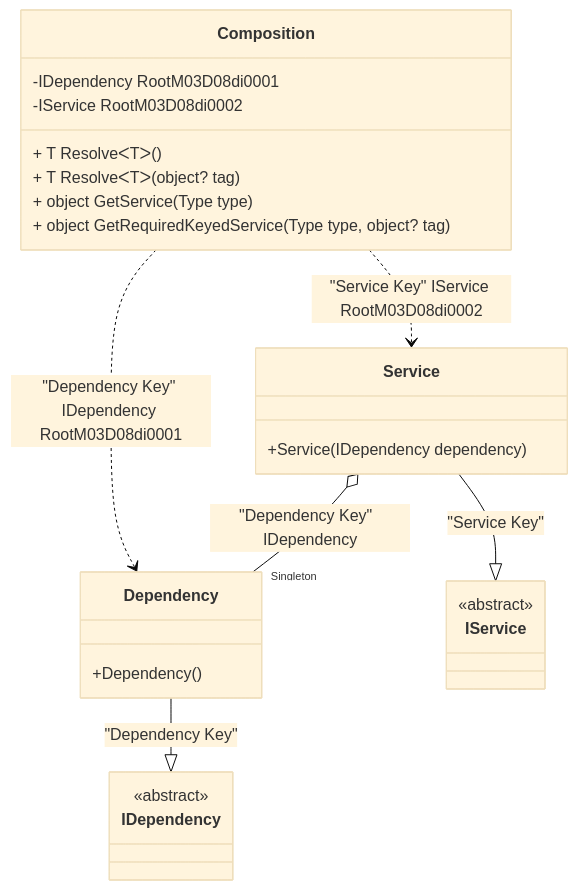
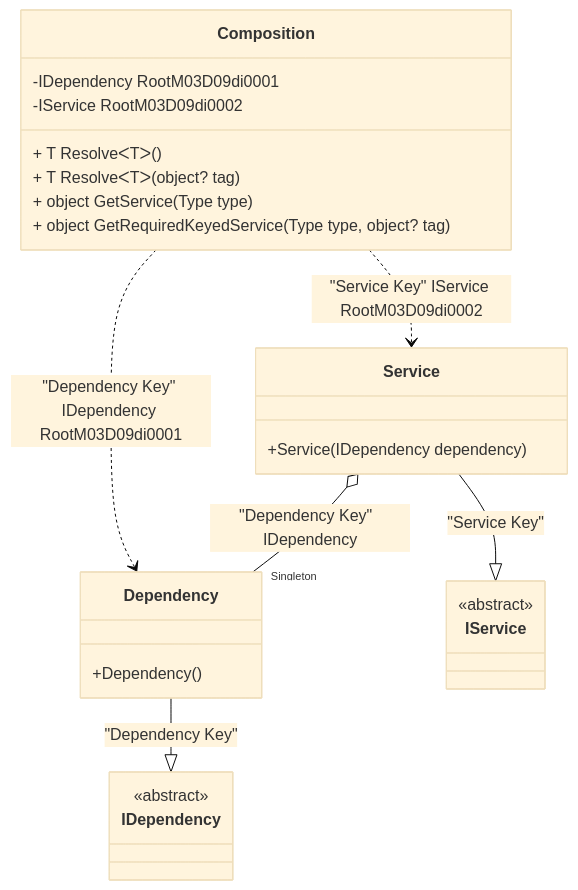
One commit to DevTeam/Pure.DI changed the diagram in readme/keyed-service-provider.md. Above: the diagram before and after it, drawn with Mermaid (base theme). The commit also changed other lines of this file and 73 other files, not shown here.

````diff
--- a/readme/keyed-service-provider.md
+++ b/readme/keyed-service-provider.md
@@ -50,28 +50,28 @@
 ```mermaid
 classDiagram
   class Composition {
-    -IDependency RootM03D08di0001
-    -IService RootM03D08di0002
+    -IDependency RootM03D09di0001
+    -IService RootM03D09di0002
     + T ResolveᐸTᐳ()
     + T ResolveᐸTᐳ(object? tag)
     + object GetService(Type type)
     + object GetRequiredKeyedService(Type type, object? tag)
   }
   Dependency --|> IDependency : "Dependency Key" 
   class Dependency {
     +Dependency()
   }
   Service --|> IService : "Service Key" 
   class Service {
     +Service(IDependency dependency)
   }
   class IDependency {
     <<abstract>>
   }
   class IService {
     <<abstract>>
   }
   Service o--  "Singleton" Dependency : "Dependency Key"  IDependency
-  Composition ..> Dependency : "Dependency Key" IDependency RootM03D08di0001
-  Composition ..> Service : "Service Key" IService RootM03D08di0002
+  Composition ..> Dependency : "Dependency Key" IDependency RootM03D09di0001
+  Composition ..> Service : "Service Key" IService RootM03D09di0002
 ```
````
